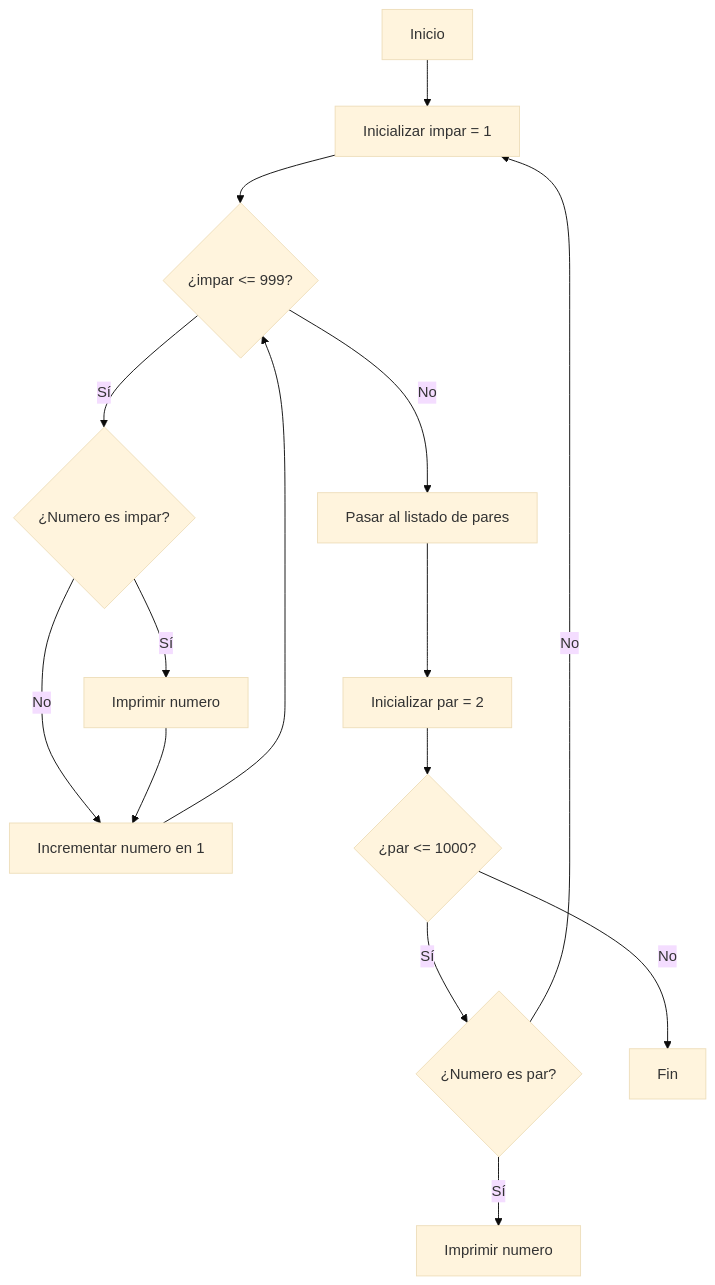
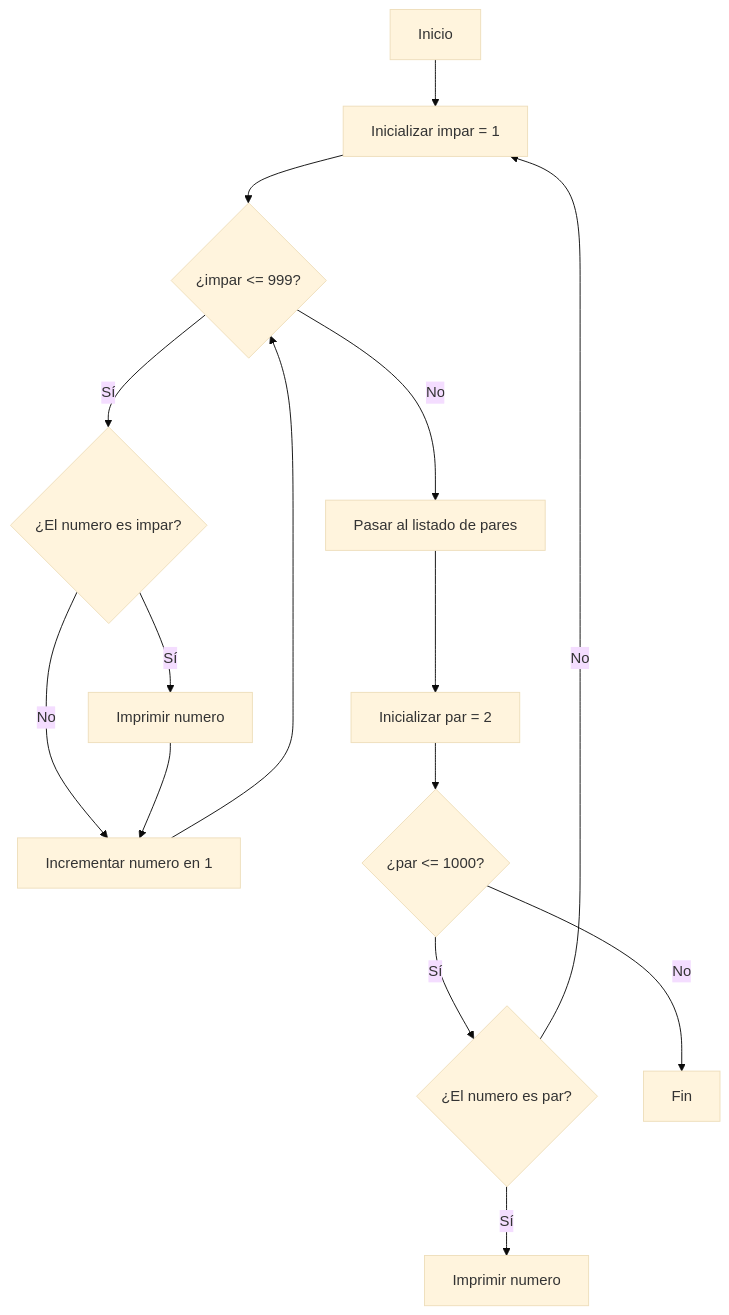
One commit to jmarciales/Reto-N6 changed the second of 2 diagrams in README.md. Above: the diagram before and after it, drawn with Mermaid (base theme).

````diff
--- a/README.md
+++ b/README.md
@@ -16,17 +16,17 @@
 ```mermaid
 flowchart TD
     A[Inicio] --> B[Inicializar impar = 1]
     B --> C{¿impar <= 999?}
-    C -->|Sí| D{¿Numero es impar?}
+    C -->|Sí| D{¿El numero es impar?}
     D -->|Sí| E[Imprimir numero]
     D -->|No| F[Incrementar numero en 1]
     E --> F
     F --> C
     C -->|No| G[Pasar al listado de pares]
     G --> H[Inicializar par = 2]
     H --> I{¿par <= 1000?}
-    I -->|Sí| J{¿Numero es par?}
+    I -->|Sí| J{¿El numero es par?}
     J -->|Sí| K[Imprimir numero]
     J -->|No| B[Inicializar impar = 1]
     I -->|No| M[Fin]
 ```
````
